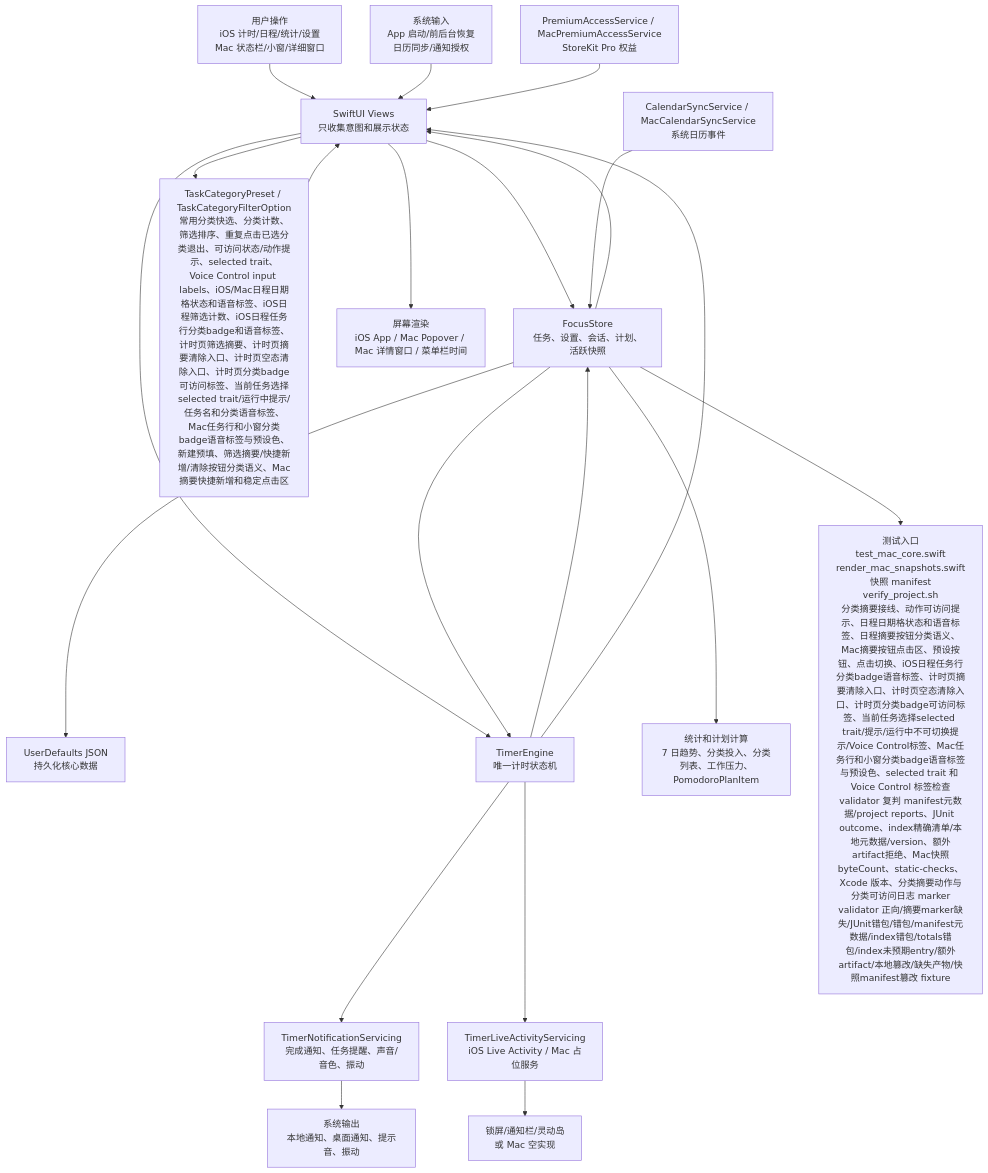
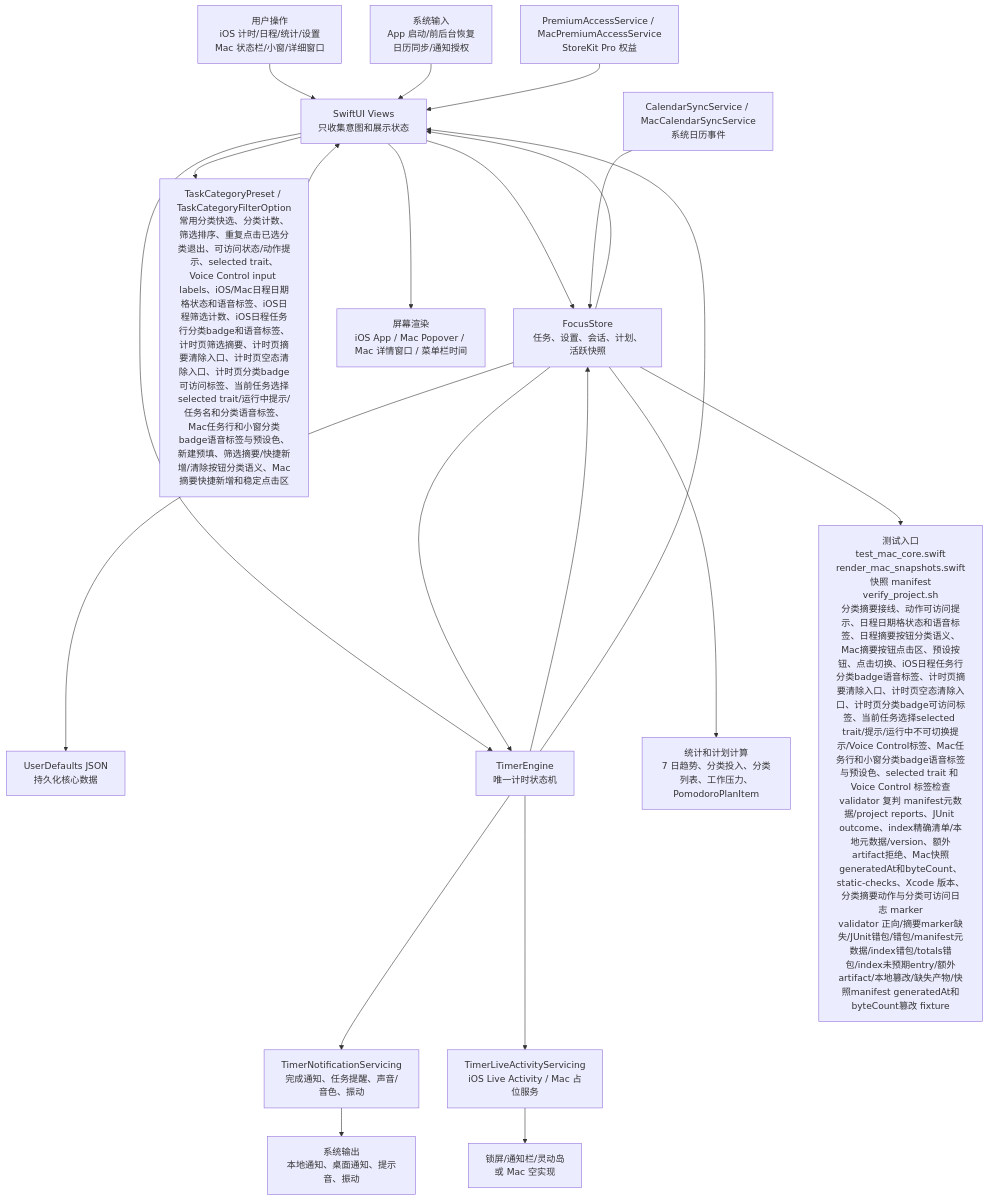
Before and after one commit to Altman-sam114/114: the first of 6 diagrams in md/flow/flowchart.md, drawn with Mermaid. The commit also changed 7 other files, not shown here.

````diff
--- a/md/flow/flowchart.md
+++ b/md/flow/flowchart.md
@@ -9,23 +9,23 @@
 ```mermaid
 flowchart TD
   U["用户操作<br/>iOS 计时/日程/统计/设置<br/>Mac 状态栏/小窗/详细窗口"] --> V["SwiftUI Views<br/>只收集意图和展示状态"]
   SYS["系统输入<br/>App 启动/前后台恢复<br/>日历同步/通知授权"] --> V
   V --> S["FocusStore<br/>任务、设置、会话、计划、活跃快照"]
   V --> CAT["TaskCategoryPreset / TaskCategoryFilterOption<br/>常用分类快选、分类计数、筛选排序、重复点击已选分类退出、可访问状态/动作提示、selected trait、Voice Control input labels、iOS/Mac日程日期格状态和语音标签、iOS日程筛选计数、iOS日程任务行分类badge和语音标签、计时页筛选摘要、计时页摘要清除入口、计时页空态清除入口、计时页分类badge可访问标签、当前任务选择selected trait/运行中提示/任务名和分类语音标签、Mac任务行和小窗分类badge语音标签与预设色、新建预填、筛选摘要/快捷新增/清除按钮分类语义、Mac摘要快捷新增和稳定点击区"]
   CAT --> V
   S --> P["UserDefaults JSON<br/>持久化核心数据"]
   V --> E["TimerEngine<br/>唯一计时状态机"]
   S --> E
   E --> S
   E --> N["TimerNotificationServicing<br/>完成通知、任务提醒、声音/音色、振动"]
   E --> L["TimerLiveActivityServicing<br/>iOS Live Activity / Mac 占位服务"]
   S --> C["统计和计划计算<br/>7 日趋势、分类投入、分类列表、工作压力、PomodoroPlanItem"]
   CAL["CalendarSyncService / MacCalendarSyncService<br/>系统日历事件"] --> S
   PRO["PremiumAccessService / MacPremiumAccessService<br/>StoreKit Pro 权益"] --> V
   S --> V
   E --> V
   V --> OUT["屏幕渲染<br/>iOS App / Mac Popover / Mac 详情窗口 / 菜单栏时间"]
   N --> OUT2["系统输出<br/>本地通知、桌面通知、提示音、振动"]
   L --> OUT3["锁屏/通知栏/灵动岛<br/>或 Mac 空实现"]
-  S --> T["测试入口<br/>test_mac_core.swift<br/>render_mac_snapshots.swift<br/>快照 manifest<br/>verify_project.sh<br/>分类摘要接线、动作可访问提示、日程日期格状态和语音标签、日程摘要按钮分类语义、Mac摘要按钮点击区、预设按钮、点击切换、iOS日程任务行分类badge语音标签、计时页摘要清除入口、计时页空态清除入口、计时页分类badge可访问标签、当前任务选择selected trait/提示/运行中不可切换提示/Voice Control标签、Mac任务行和小窗分类badge语音标签与预设色、selected trait 和 Voice Control 标签检查<br/>validator 复判 manifest元数据/project reports、JUnit outcome、index精确清单/本地元数据/version、额外artifact拒绝、Mac快照byteCount、static-checks、Xcode 版本、分类摘要动作与分类可访问日志 marker<br/>validator 正向/摘要marker缺失/JUnit错包/错包/manifest元数据/index错包/totals错包/index未预期entry/额外artifact/本地篡改/缺失产物/快照manifest篡改 fixture"]
+  S --> T["测试入口<br/>test_mac_core.swift<br/>render_mac_snapshots.swift<br/>快照 manifest<br/>verify_project.sh<br/>分类摘要接线、动作可访问提示、日程日期格状态和语音标签、日程摘要按钮分类语义、Mac摘要按钮点击区、预设按钮、点击切换、iOS日程任务行分类badge语音标签、计时页摘要清除入口、计时页空态清除入口、计时页分类badge可访问标签、当前任务选择selected trait/提示/运行中不可切换提示/Voice Control标签、Mac任务行和小窗分类badge语音标签与预设色、selected trait 和 Voice Control 标签检查<br/>validator 复判 manifest元数据/project reports、JUnit outcome、index精确清单/本地元数据/version、额外artifact拒绝、Mac快照generatedAt和byteCount、static-checks、Xcode 版本、分类摘要动作与分类可访问日志 marker<br/>validator 正向/摘要marker缺失/JUnit错包/错包/manifest元数据/index错包/totals错包/index未预期entry/额外artifact/本地篡改/缺失产物/快照manifest generatedAt和byteCount篡改 fixture"]
 ```
````
